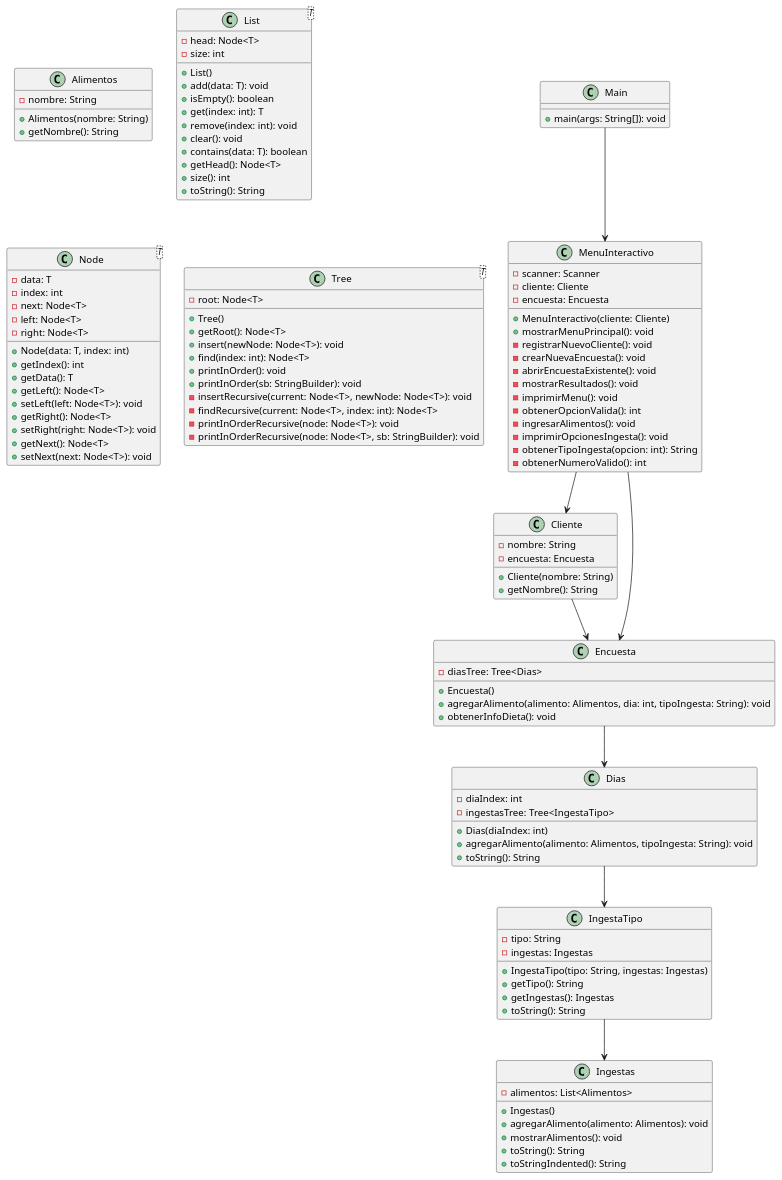
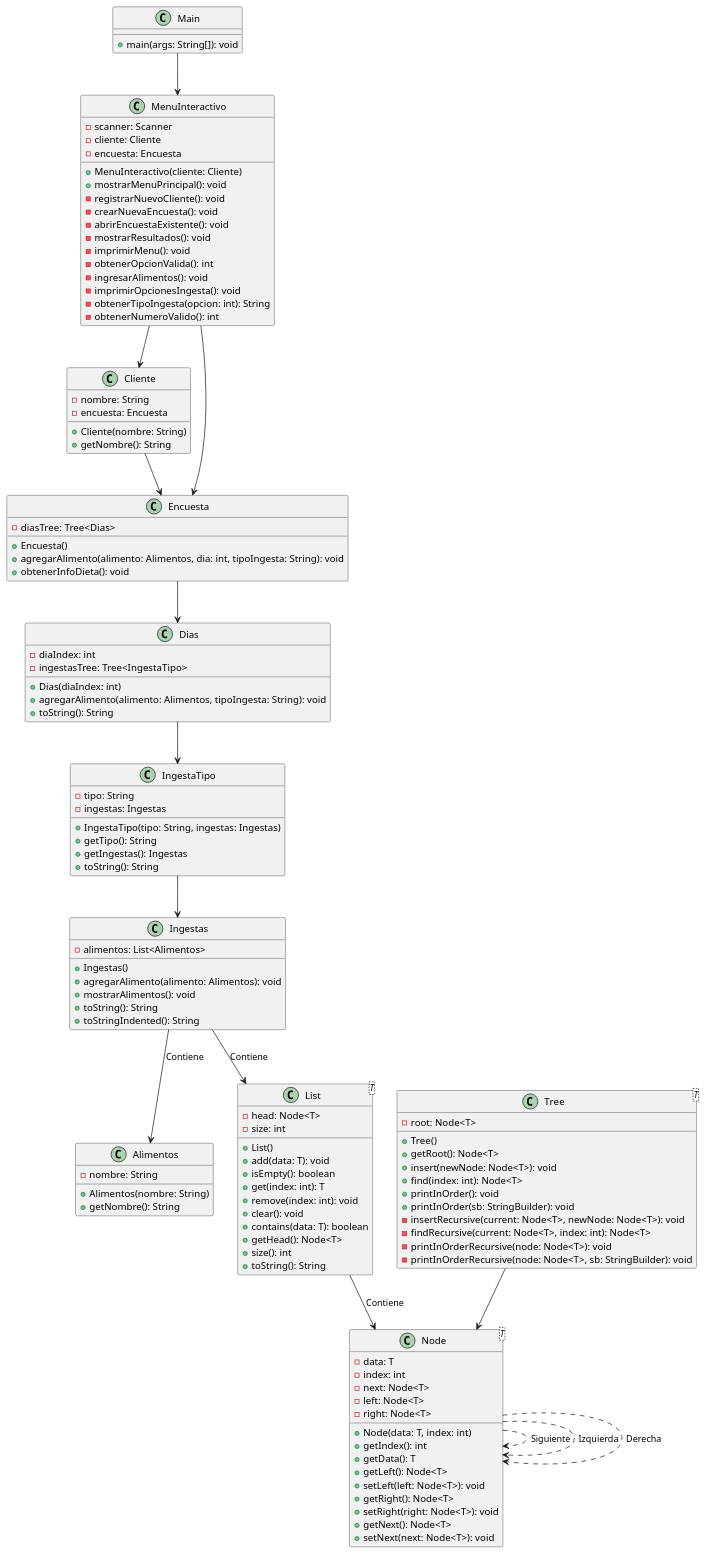
Before and after one commit to mmasias/23-24-eda1: the diagram in entregas/RecinosJose/ExamenFinal/Documentacion/diagramaClases.puml, drawn with PlantUML.

Commit message:
fix/diagramaDeClases

```diff
--- a/entregas/RecinosJose/ExamenFinal/Documentacion/diagramaClases.puml
+++ b/entregas/RecinosJose/ExamenFinal/Documentacion/diagramaClases.puml
@@ -1,126 +1,132 @@
 @startuml
 
 class Main {
     +main(args: String[]): void
 }
 
 class MenuInteractivo {
     -scanner: Scanner
     -cliente: Cliente
     -encuesta: Encuesta
     +MenuInteractivo(cliente: Cliente)
     +mostrarMenuPrincipal(): void
     -registrarNuevoCliente(): void
     -crearNuevaEncuesta(): void
     -abrirEncuestaExistente(): void
     -mostrarResultados(): void
     -imprimirMenu(): void
     -obtenerOpcionValida(): int
     -ingresarAlimentos(): void
     -imprimirOpcionesIngesta(): void
     -obtenerTipoIngesta(opcion: int): String
     -obtenerNumeroValido(): int
 }
 
 class Cliente {
     -nombre: String
     -encuesta: Encuesta
     +Cliente(nombre: String)
     +getNombre(): String
 }
 
 class Encuesta {
     -diasTree: Tree<Dias>
     +Encuesta()
     +agregarAlimento(alimento: Alimentos, dia: int, tipoIngesta: String): void
     +obtenerInfoDieta(): void
 }
 
 class Dias {
     -diaIndex: int
     -ingestasTree: Tree<IngestaTipo>
     +Dias(diaIndex: int)
     +agregarAlimento(alimento: Alimentos, tipoIngesta: String): void
     +toString(): String
 }
 
 class IngestaTipo {
     -tipo: String
     -ingestas: Ingestas
     +IngestaTipo(tipo: String, ingestas: Ingestas)
     +getTipo(): String
     +getIngestas(): Ingestas
     +toString(): String
 }
 
 class Ingestas {
     -alimentos: List<Alimentos>
     +Ingestas()
     +agregarAlimento(alimento: Alimentos): void
     +mostrarAlimentos(): void
     +toString(): String
     +toStringIndented(): String
 }
 
 class Alimentos {
     -nombre: String
     +Alimentos(nombre: String)
     +getNombre(): String
 }
 
 class List<T> {
     -head: Node<T>
     -size: int
     +List()
     +add(data: T): void
     +isEmpty(): boolean
     +get(index: int): T
     +remove(index: int): void
     +clear(): void
     +contains(data: T): boolean
     +getHead(): Node<T>
     +size(): int
     +toString(): String
 }
 
 class Node<T> {
     -data: T
     -index: int
     -next: Node<T>
     -left: Node<T>
     -right: Node<T>
     +Node(data: T, index: int)
     +getIndex(): int
     +getData(): T
     +getLeft(): Node<T>
     +setLeft(left: Node<T>): void
     +getRight(): Node<T>
     +setRight(right: Node<T>): void
     +getNext(): Node<T>
     +setNext(next: Node<T>): void
 }
 
 class Tree<T> {
     -root: Node<T>
     +Tree()
     +getRoot(): Node<T>
     +insert(newNode: Node<T>): void
     +find(index: int): Node<T>
     +printInOrder(): void
     +printInOrder(sb: StringBuilder): void
     -insertRecursive(current: Node<T>, newNode: Node<T>): void
     -findRecursive(current: Node<T>, index: int): Node<T>
     -printInOrderRecursive(node: Node<T>): void
     -printInOrderRecursive(node: Node<T>, sb: StringBuilder): void
 }
 
 Main --> MenuInteractivo
 MenuInteractivo --> Cliente
 MenuInteractivo --> Encuesta
 Cliente --> Encuesta
 Encuesta --> Dias
 Dias --> IngestaTipo
 IngestaTipo --> Ingestas
-
+Ingestas --> Alimentos: Contiene
+Ingestas --> List: Contiene
+List --> Node: Contiene
+Node ..> Node: Siguiente
+Node ..> Node: Izquierda
+Node ..> Node: Derecha
+Tree --> Node
 
 @enduml
```
